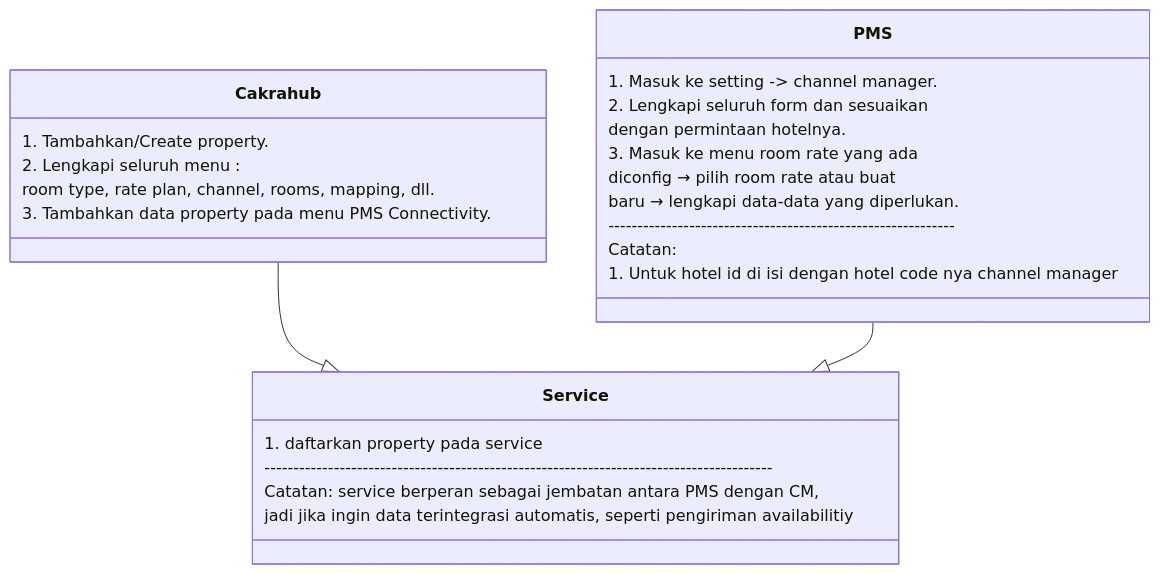
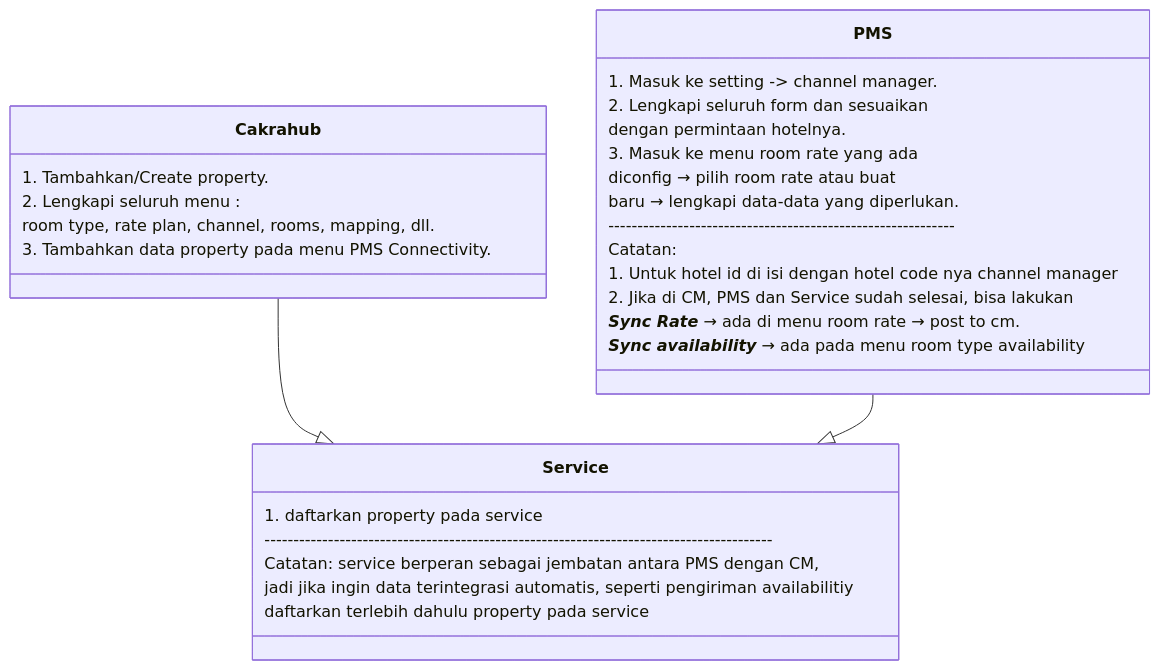
One commit to cakramediadata2022/cflow changed the third of 3 diagrams in docs/channel-manager/integration-flow/channel-manager-pms-integration.md. Above: the diagram before and after it, drawn with Mermaid. The commit also changed other lines of this file, not shown here.

First line of the commit message:
Update channel manager-PMS integration flow diagram

````diff
--- a/docs/channel-manager/integration-flow/channel-manager-pms-integration.md
+++ b/docs/channel-manager/integration-flow/channel-manager-pms-integration.md
@@ -88,33 +84,36 @@
 ```mermaid
 classDiagram
 
     class Cakrahub{
         1. Tambahkan/Create property.
         2. Lengkapi seluruh menu : 
            room type, rate plan, channel, rooms, mapping, dll.
         3. Tambahkan data property pada menu PMS Connectivity.
     }
 
     class PMS{
         1. Masuk ke setting -> channel manager.
         2. Lengkapi seluruh form dan sesuaikan 
            dengan permintaan hotelnya.
         3. Masuk ke menu room rate yang ada 
         diconfig → pilih room rate atau buat 
         baru → lengkapi data-data yang diperlukan.
         ------------------------------------------------------------
         Catatan:
         1. Untuk hotel id di isi dengan hotel code nya channel manager
-
+        2. Jika di CM, PMS dan Service sudah selesai, bisa lakukan 
+        _**Sync Rate**_ → ada di menu room rate → post to cm.
+         **_Sync availability_** → ada pada menu room type availability
     }
     class Service{
         1. daftarkan property pada service
 ----------------------------------------------------------------------------------------
         Catatan: service berperan sebagai jembatan antara PMS dengan CM, 
         jadi jika ingin data terintegrasi automatis, seperti pengiriman availabilitiy
+        daftarkan terlebih dahulu property pada service
     }
 
 
     Cakrahub --|> Service
     PMS --|> Service
 ```
````
